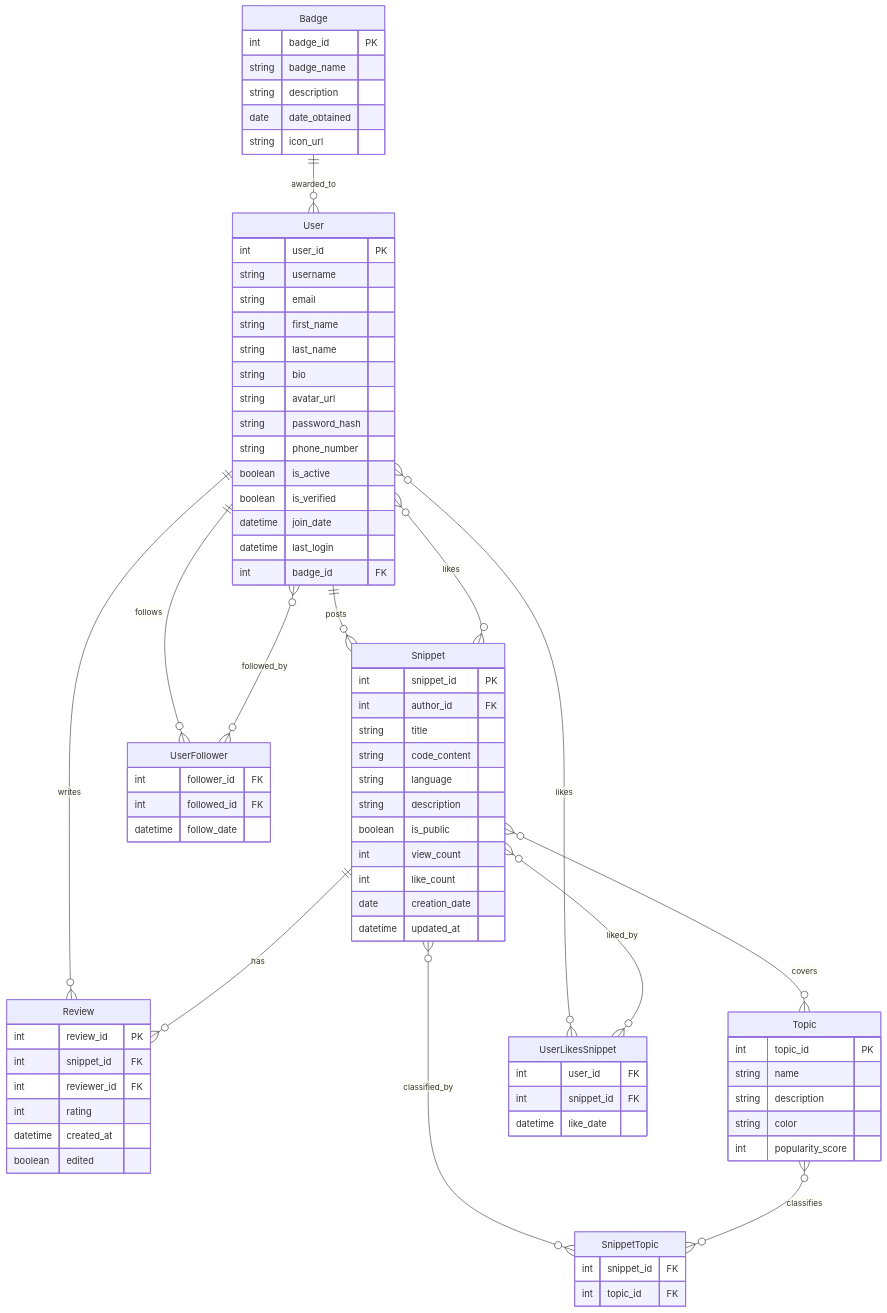
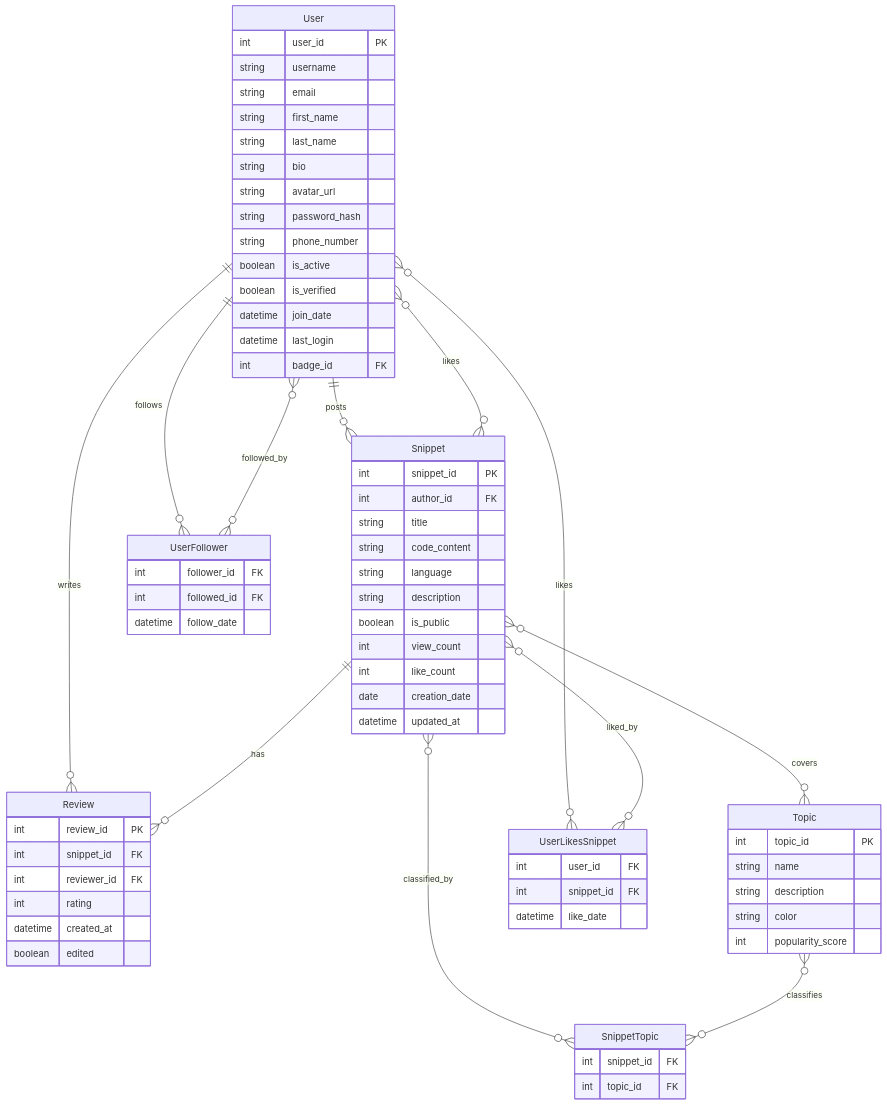
One commit to Elyes5/DDA_SADDEM_Elyes_PROJET_INFO3 changed the diagram in diagram.mmd. Above: the diagram before and after it, drawn with Mermaid. The commit also changed 59 other files, not shown here.

```diff
--- a/diagram.mmd
+++ b/diagram.mmd
@@ -1,101 +1,92 @@
 erDiagram
 
     %% ===============================
     %%   RELATIONS
     %% ===============================
 
     User ||--o{ Snippet : posts
     User ||--o{ Review : writes
     User ||--o{ UserFollower : follows
     Snippet ||--o{ Review : has
 
     User }o--o{ Snippet : likes
     Snippet }o--o{ Topic : covers
     Snippet }o--o{ SnippetTopic : classified_by
     Topic }o--o{ SnippetTopic : classifies
     User }o--o{ UserLikesSnippet : likes
     Snippet }o--o{ UserLikesSnippet : liked_by
     User }o--o{ UserFollower : followed_by
-    Badge ||--o{ User : awarded_to
 
 
     %% ===============================
     %%   ENTITIES
     %% ===============================
 
     User {
         int user_id PK
         string username
         string email
         string first_name
         string last_name
         string bio
         string avatar_url
         string password_hash
         string phone_number
         boolean is_active
         boolean is_verified
         datetime join_date
         datetime last_login
         int badge_id FK
-    }
-
-    Badge {
-        int badge_id PK
-        string badge_name
-        string description
-        date date_obtained
-        string icon_url
     }
 
     Snippet {
         int snippet_id PK
         int author_id FK
         string title
         string code_content
         string language
         string description
         boolean is_public
         int view_count
         int like_count
         date creation_date
         datetime updated_at
     }
 
     Review {
         int review_id PK
         int snippet_id FK
         int reviewer_id FK
         int rating
         datetime created_at
         boolean edited
     }
 
     Topic {
         int topic_id PK
         string name
         string description
         string color
         int popularity_score
     }
 
     %% ===============================
     %%   JOIN TABLES
     %% ===============================
 
     SnippetTopic {
         int snippet_id FK
         int topic_id FK
     }
 
     UserLikesSnippet {
         int user_id FK
         int snippet_id FK
         datetime like_date
     }
 
     UserFollower {
         int follower_id FK
         int followed_id FK
         datetime follow_date
     }
```
